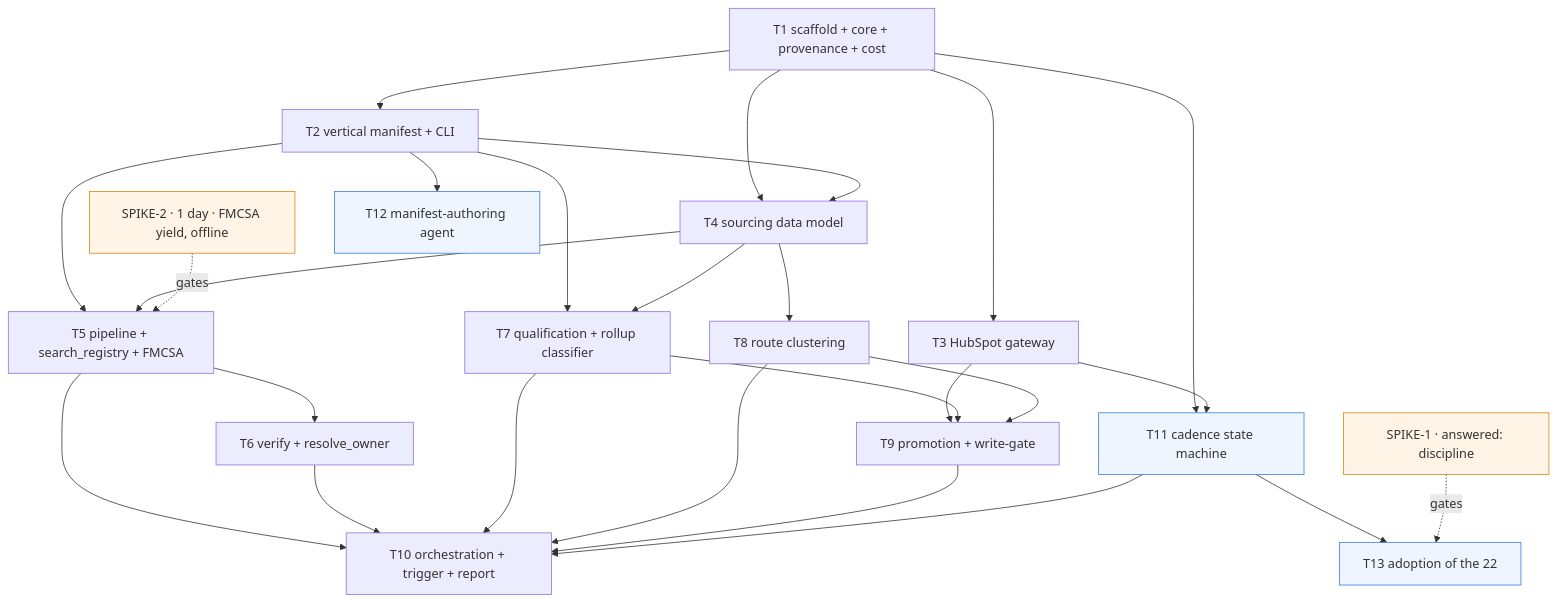
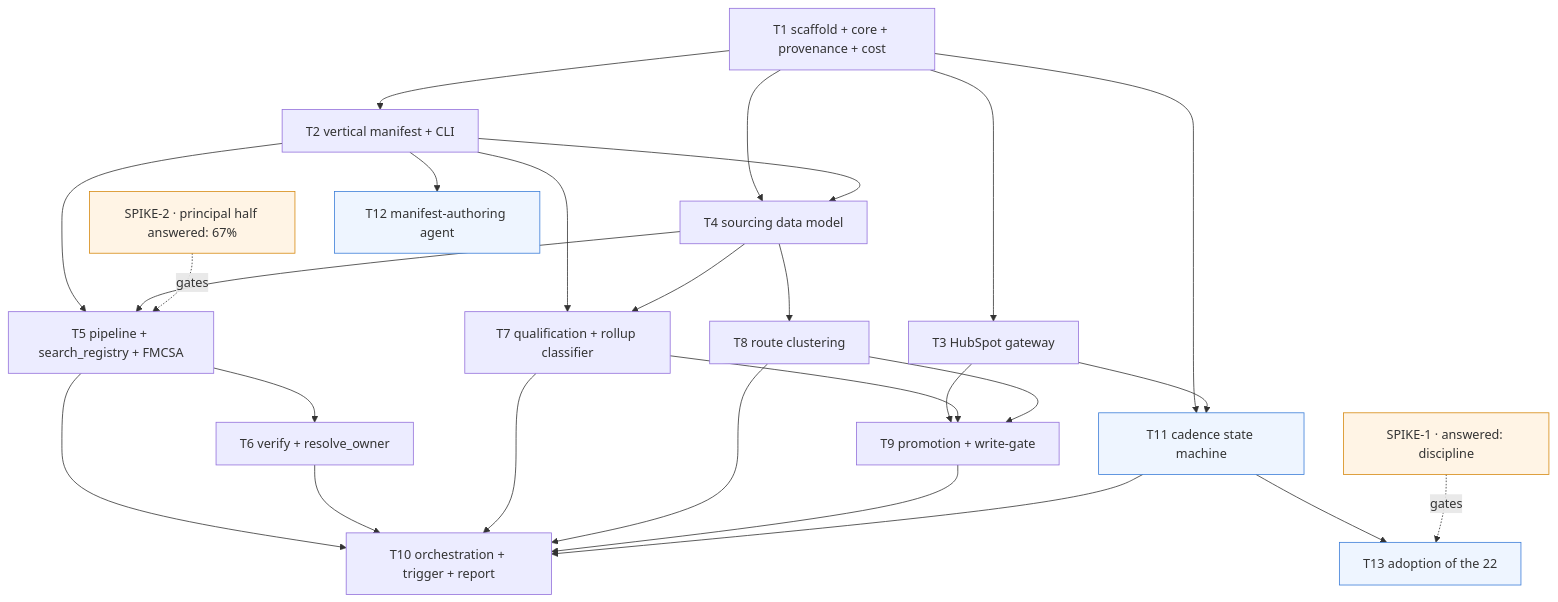
Before and after one commit to sandeepjunaghare/my-dynamous-muse: the diagram in agentic-course-2.0/my-example-app/docs/tickets/local-prospect-engine.md, drawn with Mermaid. The commit also changed other lines of this file and 2 other files, not shown here.

First line of the commit message:
docs(tickets): run T5, T7 and T8 in parallel; SPIKE-2 no longer gates T5

````diff
--- a/agentic-course-2.0/my-example-app/docs/tickets/local-prospect-engine.md
+++ b/agentic-course-2.0/my-example-app/docs/tickets/local-prospect-engine.md
@@ -301,49 +301,49 @@
 ```mermaid
 graph TD
   S1[SPIKE-1 · answered: discipline]:::spike
-  S2[SPIKE-2 · 1 day · FMCSA yield, offline]:::spike
+  S2[SPIKE-2 · principal half answered: 67%]:::spike
 
   T1[T1 scaffold + core + provenance + cost]
   T2[T2 vertical manifest + CLI]
   T3[T3 HubSpot gateway]
   T4[T4 sourcing data model]
   T5[T5 pipeline + search_registry + FMCSA]
   T6[T6 verify + resolve_owner]
   T7[T7 qualification + rollup classifier]
   T8[T8 route clustering]
   T9[T9 promotion + write-gate]
   T11[T11 cadence state machine]:::new
   T12[T12 manifest-authoring agent]:::new
   T13[T13 adoption of the 22]:::new
   T10[T10 orchestration + trigger + report]
 
   T1 --> T2
   T1 --> T3
   T1 --> T4
   T2 --> T4
   T2 --> T5
   T4 --> T5
   T2 --> T7
   T4 --> T7
   T5 --> T6
   T4 --> T8
   T3 --> T9
   T7 --> T9
   T8 --> T9
   T2 --> T12
   T1 --> T11
   T3 --> T11
   T11 --> T13
   T5 --> T10
   T6 --> T10
   T7 --> T10
   T8 --> T10
   T9 --> T10
   T11 --> T10
 
   S2 -.gates.-> T5
   S1 -.gates.-> T13
 
   classDef spike fill:#fff4e5,stroke:#d68910;
   classDef new fill:#eef5ff,stroke:#3b7dd8;
 ```
````
